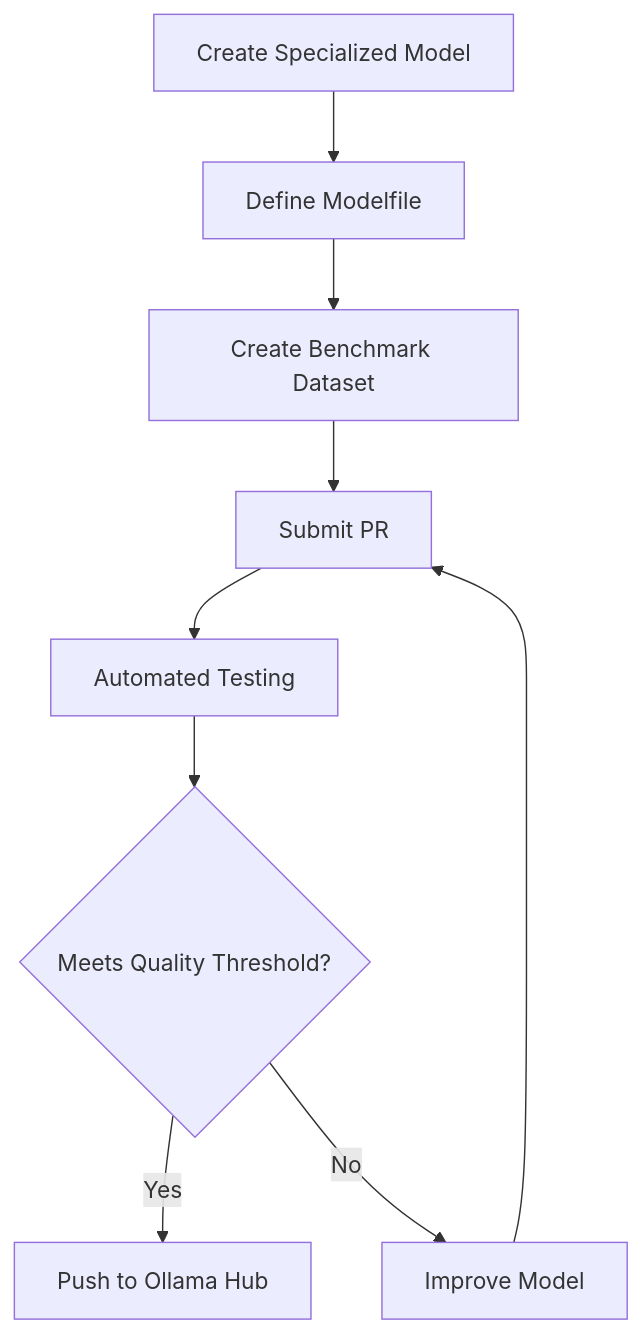
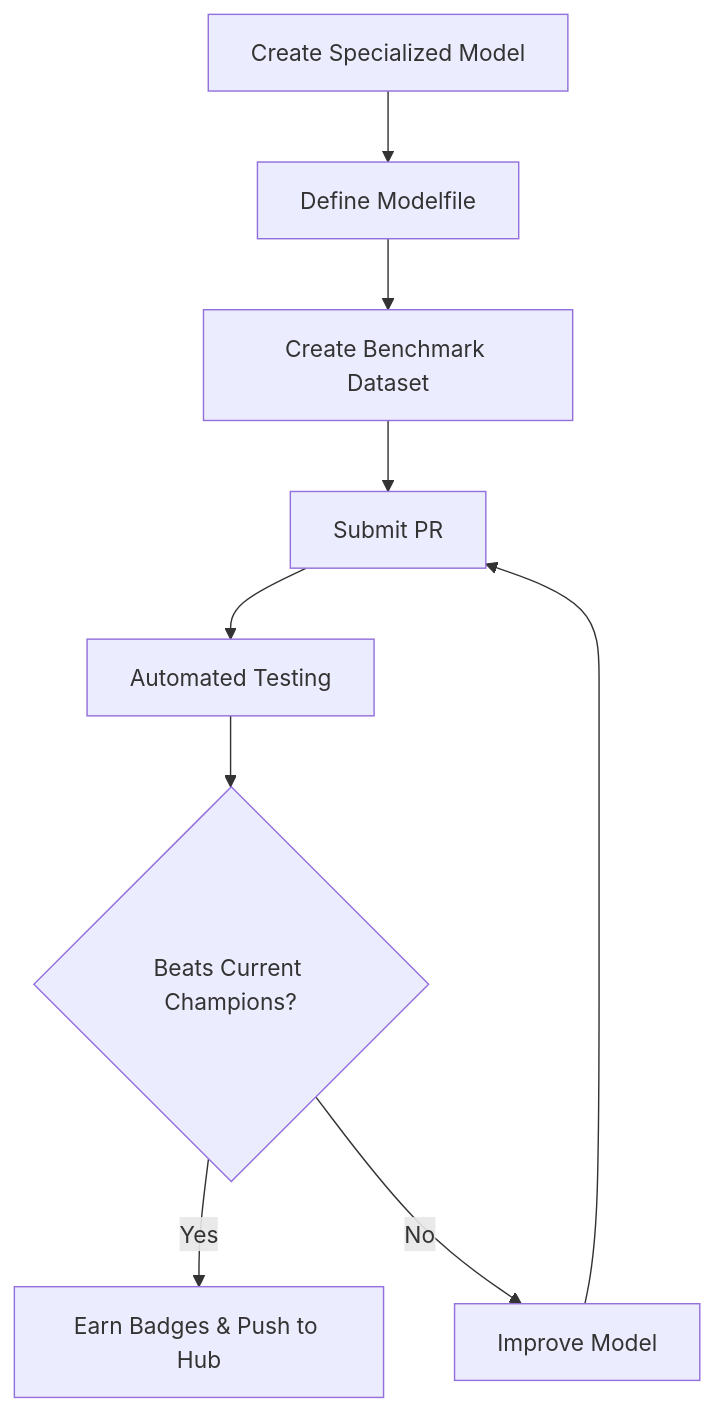
Before and after one commit to Dahimi/OllamaForge: the diagram in README.md, drawn with Mermaid. The commit also changed other lines of this file and 1 other file, not shown here.

````diff
--- a/README.md
+++ b/README.md
@@ -20,11 +30,11 @@
 ```mermaid
 graph TD
     A[Create Specialized Model] --> B[Define Modelfile]
     B --> C[Create Benchmark Dataset]
     C --> D[Submit PR]
     D --> E[Automated Testing]
-    E --> F{Meets Quality Threshold?}
-    F -->|Yes| G[Push to Ollama Hub]
+    E --> F{Beats Current Champions?}
+    F -->|Yes| G[Earn Badges & Push to Hub]
     F -->|No| H[Improve Model]
     H --> D
 ```
````
